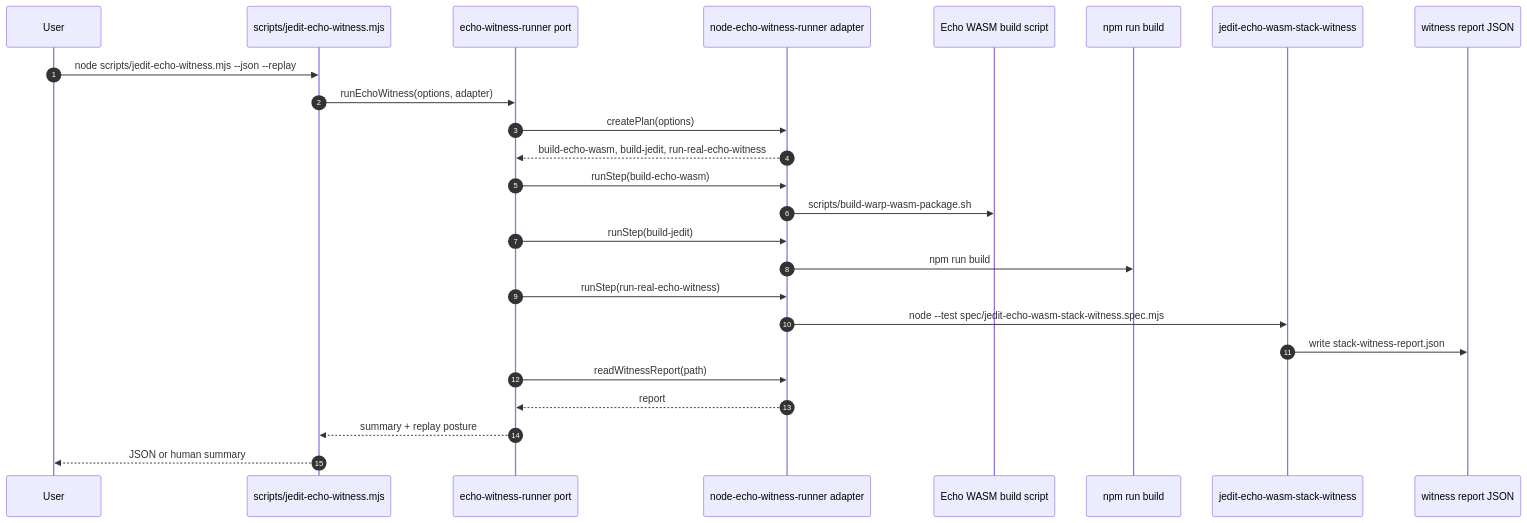
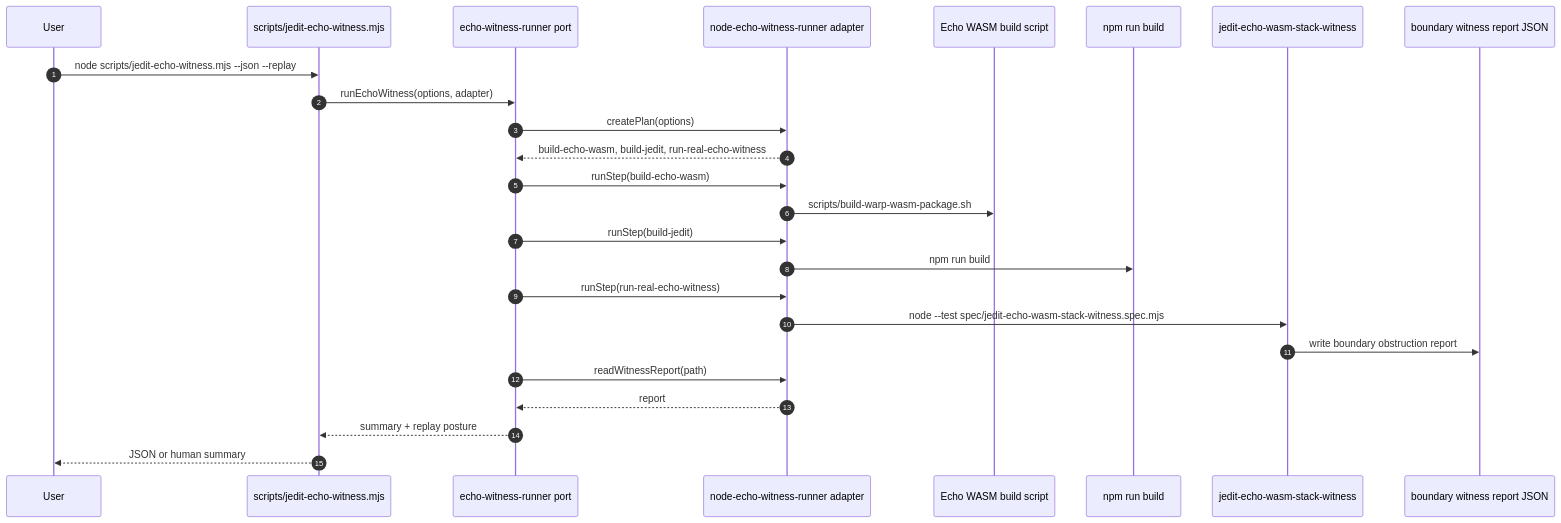
Before and after one commit to flyingrobots/jedit: the tenth of 14 diagrams in docs/jedit-echo-end-to-end.md, drawn with Mermaid. The commit also changed other lines of this file and 10 other files, not shown here.

````diff
--- a/docs/jedit-echo-end-to-end.md
+++ b/docs/jedit-echo-end-to-end.md
@@ -682,28 +714,28 @@
 ```mermaid
 sequenceDiagram
   autonumber
   participant User
   participant CLI as scripts/jedit-echo-witness.mjs
   participant Runner as echo-witness-runner port
   participant NodeAdapter as node-echo-witness-runner adapter
   participant EchoBuild as Echo WASM build script
   participant JeditBuild as npm run build
   participant Test as jedit-echo-wasm-stack-witness
-  participant Report as witness report JSON
+  participant Report as boundary witness report JSON
 
   User->>CLI: node scripts/jedit-echo-witness.mjs --json --replay
   CLI->>Runner: runEchoWitness(options, adapter)
   Runner->>NodeAdapter: createPlan(options)
   NodeAdapter-->>Runner: build-echo-wasm, build-jedit, run-real-echo-witness
   Runner->>NodeAdapter: runStep(build-echo-wasm)
   NodeAdapter->>EchoBuild: scripts/build-warp-wasm-package.sh
   Runner->>NodeAdapter: runStep(build-jedit)
   NodeAdapter->>JeditBuild: npm run build
   Runner->>NodeAdapter: runStep(run-real-echo-witness)
   NodeAdapter->>Test: node --test spec/jedit-echo-wasm-stack-witness.spec.mjs
-  Test->>Report: write stack-witness-report.json
+  Test->>Report: write boundary obstruction report
   Runner->>NodeAdapter: readWitnessReport(path)
   NodeAdapter-->>Runner: report
   Runner-->>CLI: summary + replay posture
   CLI-->>User: JSON or human summary
 ```
````
